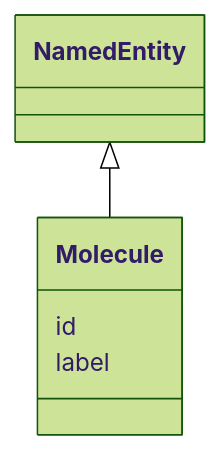
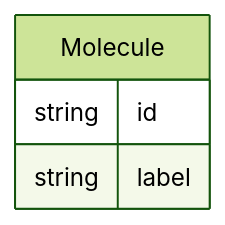
The diagram in docs/gocam/Molecule.md (monarch-initiative/ontogpt), drawn with Mermaid (forest theme) before and after one commit. The commit also changed 187 other files, not shown here.

````diff
--- a/docs/gocam/Molecule.md
+++ b/docs/gocam/Molecule.md
@@ -8,9 +8,10 @@
 ```mermaid
- classDiagram
-    class Molecule
-      NamedEntity <|-- Molecule
-      
-      Molecule : id
-      Molecule : label
-      
+erDiagram
+Molecule {
+    string id  
+    string label  
+}
+
+
+
 ```
````
